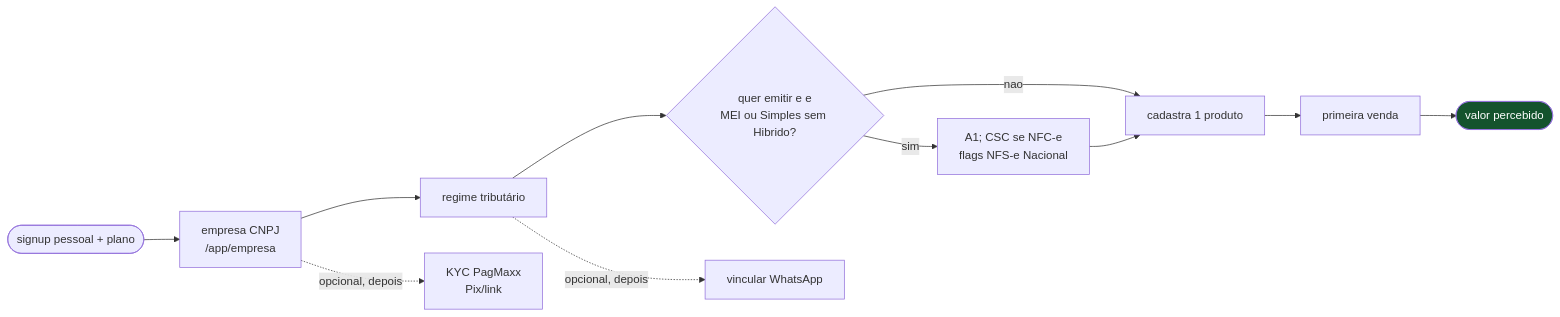
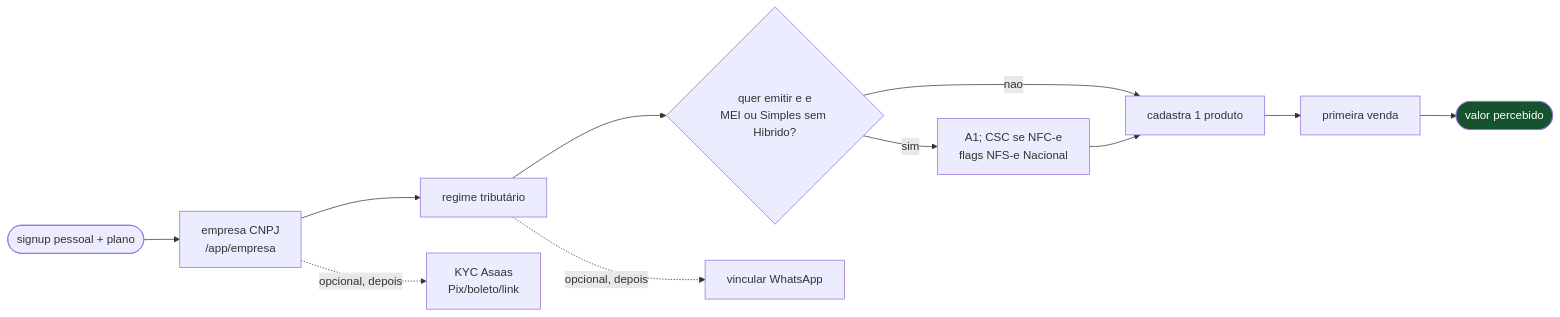
One commit to glevi2004/na-regua changed the sixth of 6 diagrams in docs/arquitetura/fluxos.md. Above: the diagram before and after it, drawn with Mermaid. The commit also changed other lines of this file and 50 other files, not shown here.

First line of the commit message:
refactor(integrations): replace PagMaxx with Asaas integration

````diff
--- a/docs/arquitetura/fluxos.md
+++ b/docs/arquitetura/fluxos.md
@@ -269,16 +269,16 @@
 ```mermaid
 flowchart LR
     A([signup pessoal + plano]) --> B[empresa CNPJ<br/>/app/empresa]
     B --> C[regime tributário]
     C --> D{quer emitir e e<br/>MEI ou Simples sem Hibrido?}
     D -->|nao| F
     D -->|sim| E[A1; CSC se NFC-e<br/>flags NFS-e Nacional]
     E --> F[cadastra 1 produto]
     F --> G[primeira venda]
     G --> H([valor percebido])
 
     C -.->|opcional, depois| I[vincular WhatsApp]
-    B -.->|opcional, depois| K[KYC PagMaxx<br/>Pix/link]
+    B -.->|opcional, depois| K[KYC Asaas<br/>Pix/boleto/link]
 
     style H fill:#14532d,color:#fff
 ```
````
